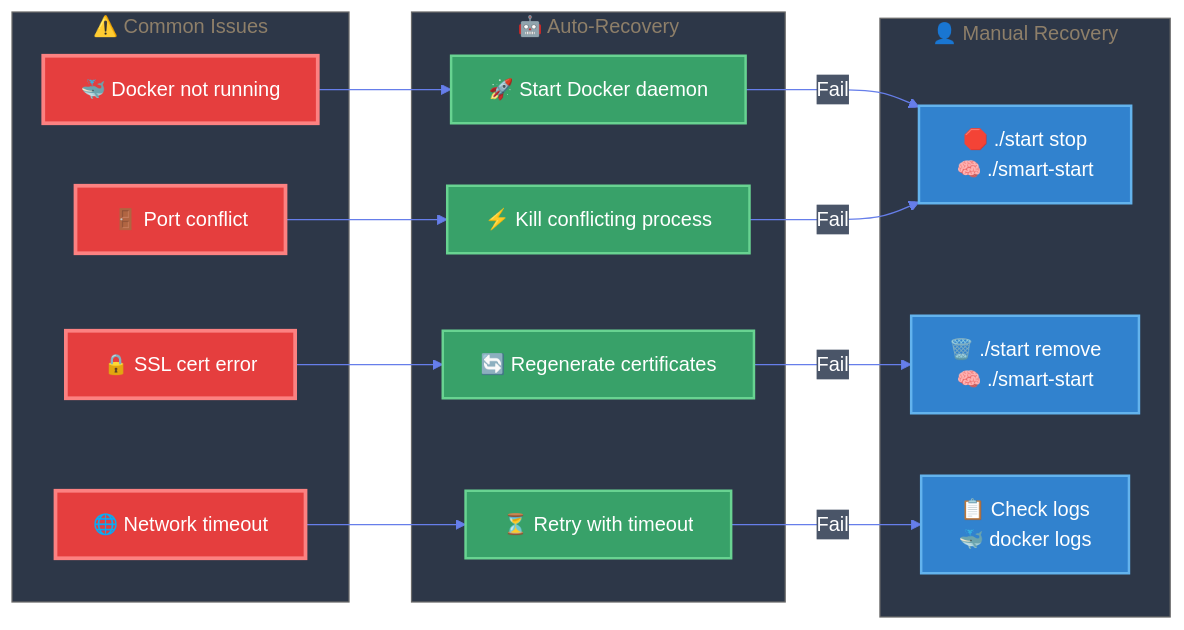
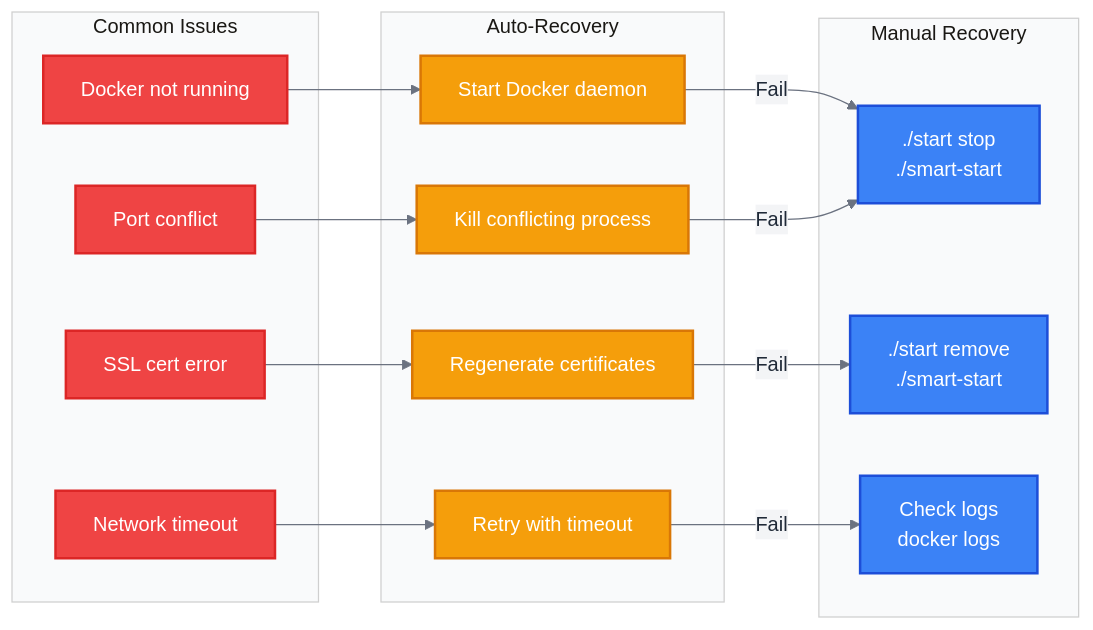
One commit to GraphDone/GraphDone-Core changed the fourth of 6 diagrams in docs/installation-flow.md. Above: the diagram before and after it, drawn with Mermaid. The commit also changed other lines of this file, not shown here.

First line of the commit message:
🎨 Complete professional redesign of all Mermaid diagrams

````diff
--- a/docs/installation-flow.md
+++ b/docs/installation-flow.md
@@ -227,58 +227,57 @@
 ```mermaid
 %%{init: {
   'theme': 'base',
   'themeVariables': {
-    'primaryColor': '#2D3748',
-    'primaryTextColor': '#FFFFFF',
-    'primaryBorderColor': '#4A5568',
-    'lineColor': '#667EEA',
-    'secondaryColor': '#4A5568',
-    'tertiaryColor': '#718096',
-    'background': '#1A202C',
-    'mainBkg': '#2D3748',
-    'secondBkg': '#4A5568',
-    'tertiaryBkg': '#718096',
-    'clusterBkg': '#2D3748',
-    'altBackground': '#4A5568'
+    'primaryColor': '#FFFFFF',
+    'primaryTextColor': '#1F2937',
+    'primaryBorderColor': '#9CA3AF',
+    'lineColor': '#6B7280',
+    'secondaryColor': '#F3F4F6',
+    'tertiaryColor': '#E5E7EB',
+    'background': '#FFFFFF',
+    'mainBkg': '#FFFFFF',
+    'secondBkg': '#F9FAFB',
+    'tertiaryBkg': '#F3F4F6',
+    'clusterBkg': '#F9FAFB'
   }
 }}%%
 
 flowchart LR
-    subgraph Issues ["⚠️ Common Issues"]
-        E1[🐳 Docker not running]
-        E2[🚪 Port conflict]
-        E3[🔒 SSL cert error]
-        E4[🌐 Network timeout]
+    subgraph Issues ["Common Issues"]
+        E1[Docker not running]
+        E2[Port conflict]
+        E3[SSL cert error]
+        E4[Network timeout]
     end
     
-    subgraph AutoFix ["🤖 Auto-Recovery"]
-        F1[🚀 Start Docker daemon]
-        F2[⚡ Kill conflicting process]
-        F3[🔄 Regenerate certificates]
-        F4[⏳ Retry with timeout]
+    subgraph AutoFix ["Auto-Recovery"]
+        F1[Start Docker daemon]
+        F2[Kill conflicting process]
+        F3[Regenerate certificates]
+        F4[Retry with timeout]
     end
     
-    subgraph Manual ["👤 Manual Recovery"]
-        M1[🛑 ./start stop<br/>🧠 ./smart-start]
-        M2[🗑️ ./start remove<br/>🧠 ./smart-start]
-        M3[📋 Check logs<br/>🐳 docker logs]
+    subgraph Manual ["Manual Recovery"]
+        M1[./start stop<br/>./smart-start]
+        M2[./start remove<br/>./smart-start]
+        M3[Check logs<br/>docker logs]
     end
     
     E1 --> F1
     E2 --> F2
     E3 --> F3
     E4 --> F4
     
     F1 -->|Fail| M1
     F2 -->|Fail| M1
     F3 -->|Fail| M2
     F4 -->|Fail| M3
     
-    classDef errorStyle fill:#E53E3E,stroke:#FC8181,stroke-width:3px,color:#FFFFFF
-    classDef autoStyle fill:#38A169,stroke:#68D391,stroke-width:2px,color:#FFFFFF
-    classDef manualStyle fill:#3182CE,stroke:#63B3ED,stroke-width:2px,color:#FFFFFF
+    classDef errorNode fill:#EF4444,stroke:#DC2626,stroke-width:2px,color:#FFFFFF
+    classDef autoNode fill:#F59E0B,stroke:#D97706,stroke-width:2px,color:#FFFFFF
+    classDef manualNode fill:#3B82F6,stroke:#1D4ED8,stroke-width:2px,color:#FFFFFF
     
-    class E1,E2,E3,E4 errorStyle
-    class F1,F2,F3,F4 autoStyle
-    class M1,M2,M3 manualStyle
+    class E1,E2,E3,E4 errorNode
+    class F1,F2,F3,F4 autoNode
+    class M1,M2,M3 manualNode
 ```
````
